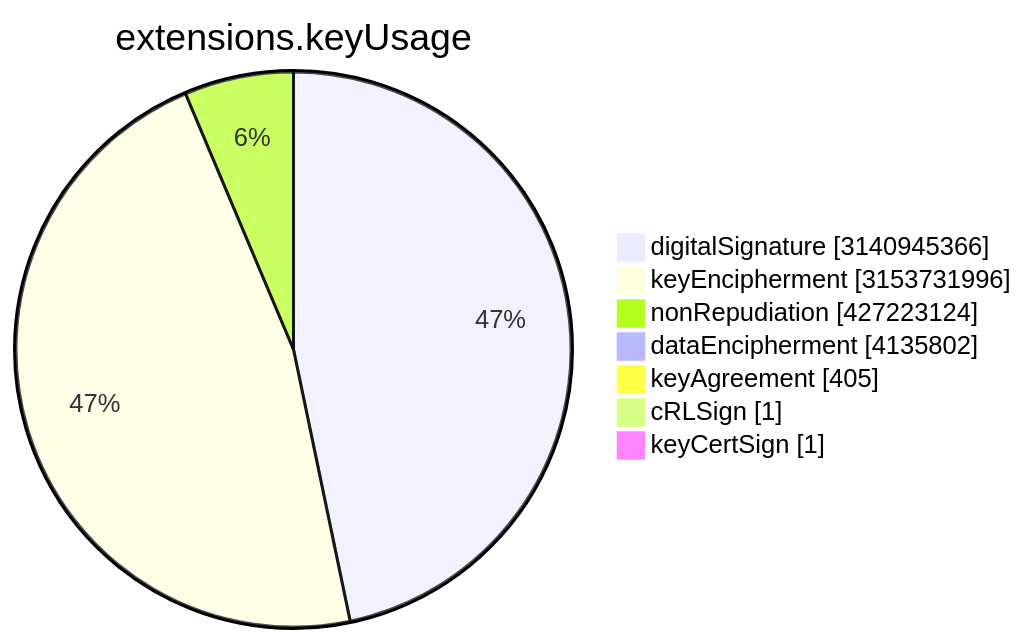
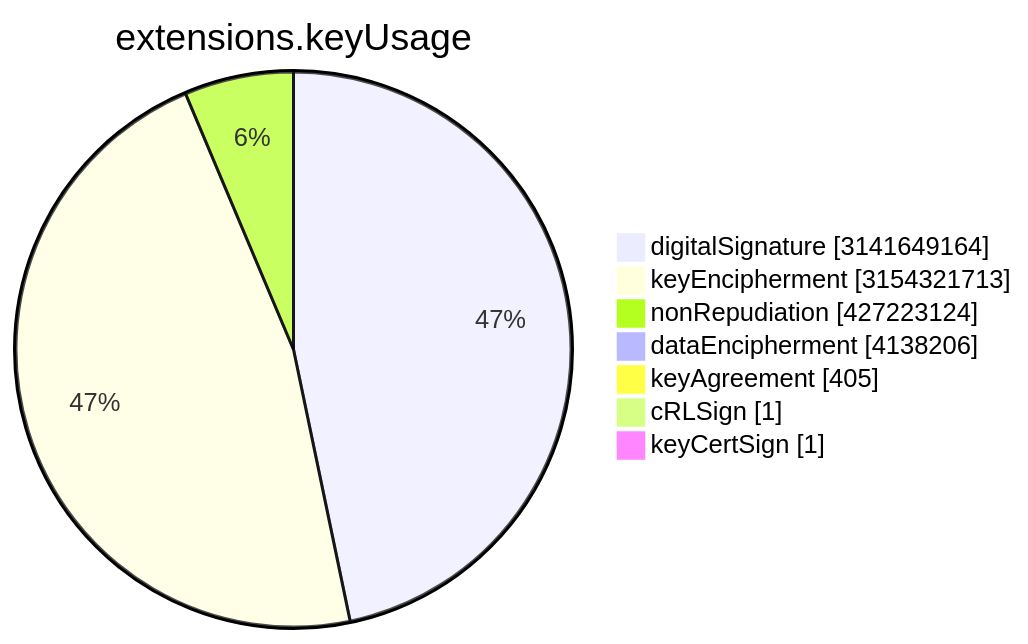
The sixth of 15 diagrams in TOTAL/README.md (christiankrug/ctmonitor_visualization), drawn with Mermaid before and after one commit. The commit also changed other lines of this file, not shown here.

````diff
--- a/TOTAL/README.md
+++ b/TOTAL/README.md
@@ -3077,11 +3077,11 @@
 ```mermaid
 pie showData
 title extensions.keyUsage
-"digitalSignature" :3140945366
-"keyEncipherment" :3153731996
+"digitalSignature" :3141649164
+"keyEncipherment" :3154321713
 "nonRepudiation" :427223124
-"dataEncipherment" :4135802
+"dataEncipherment" :4138206
 "keyAgreement" :405
 "cRLSign" :1
 "keyCertSign" :1
 ```
````
